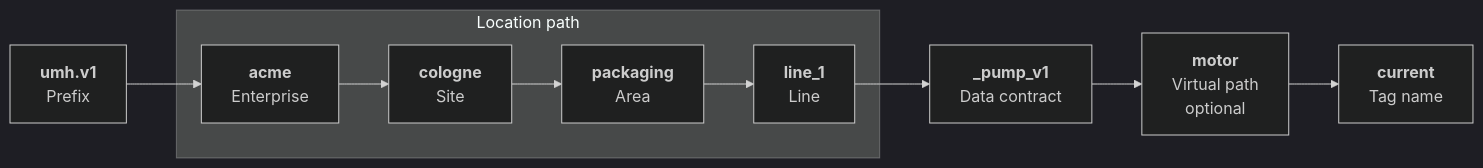
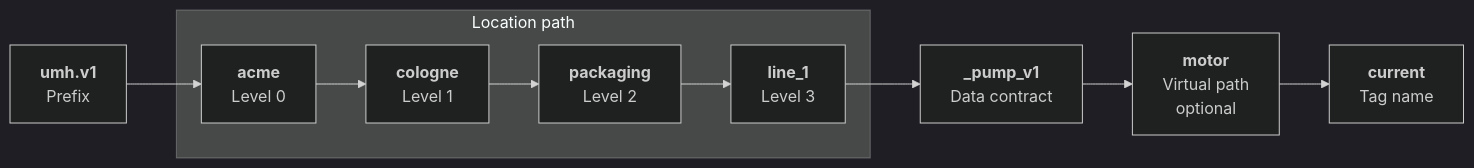
The diagram in umh-core/docs/usage/unified-namespace/topic-convention.md (united-manufacturing-hub/united-manufacturing-hub), drawn with Mermaid (dark theme) before and after one commit. The commit also changed other lines of this file, not shown here.

````diff
--- a/umh-core/docs/usage/unified-namespace/topic-convention.md
+++ b/umh-core/docs/usage/unified-namespace/topic-convention.md
@@ -17,16 +17,16 @@
 ```mermaid
 flowchart LR
     P["<b>umh.v1</b><br/>Prefix"]
     subgraph L["Location path"]
-        L0["<b>acme</b><br/>Enterprise"]
-        L1["<b>cologne</b><br/>Site"]
-        L2["<b>packaging</b><br/>Area"]
-        L3["<b>line_1</b><br/>Line"]
+        L0["<b>acme</b><br/>Level 0"]
+        L1["<b>cologne</b><br/>Level 1"]
+        L2["<b>packaging</b><br/>Level 2"]
+        L3["<b>line_1</b><br/>Level 3"]
         L0 --> L1 --> L2 --> L3
     end
     C["<b>_pump_v1</b><br/>Data contract"]
     V["<b>motor</b><br/>Virtual path<br/>optional"]
     N["<b>current</b><br/>Tag name"]
     P --> L0
     L3 --> C --> V --> N
 ```
````
